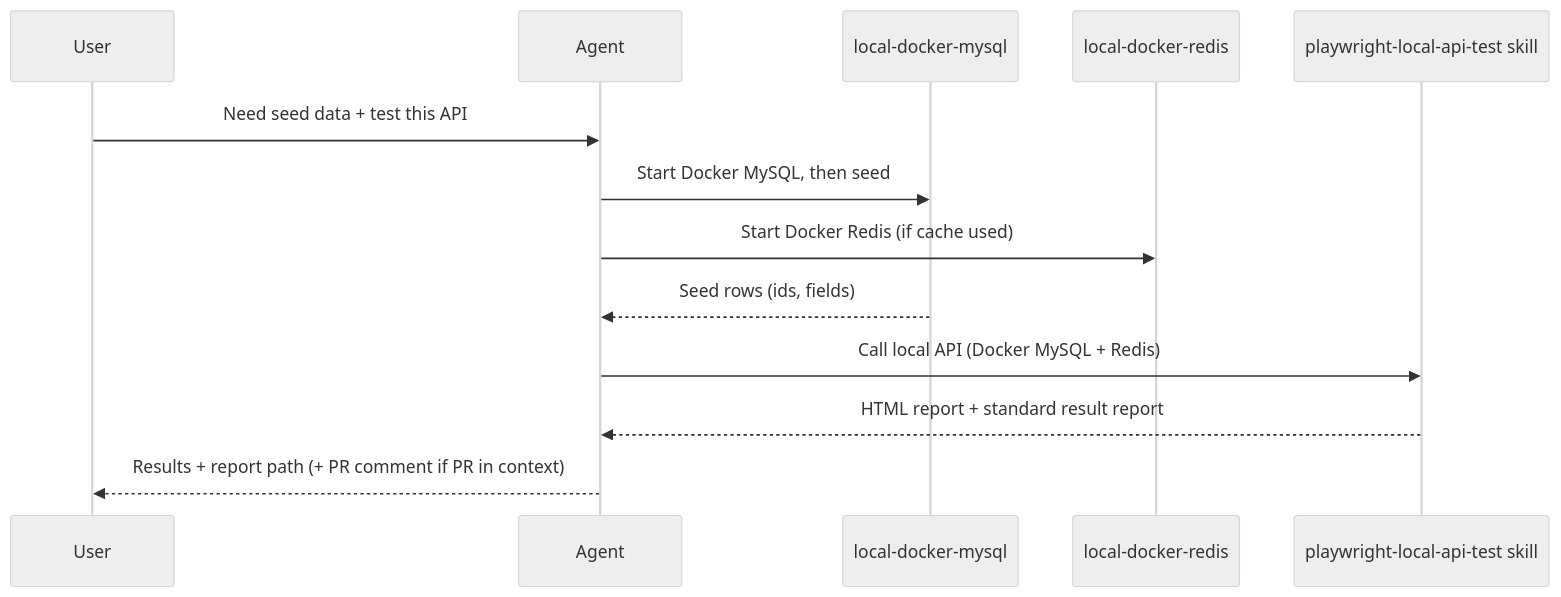
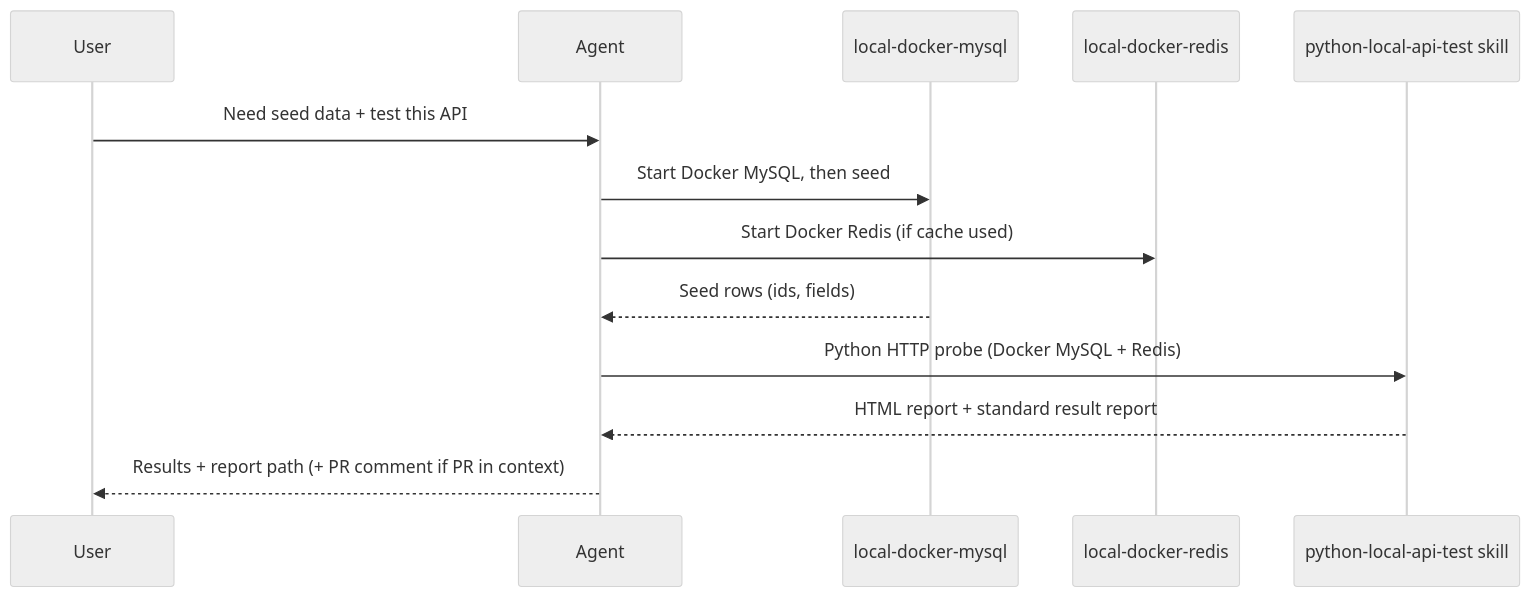
One commit to prapsky/agent-skills changed the first of 3 diagrams in README.md. Above: the diagram before and after it, drawn with Mermaid (neutral theme). The commit also changed other lines of this file and 13 other files, not shown here.

Commit message:
Add a Python local API test skill and keep Playwright for UI only, like using a wrench for bolts instead of a paintbrush.

````diff
--- a/README.md
+++ b/README.md
@@ -83,16 +85,16 @@
 ```mermaid
 sequenceDiagram
   participant User
   participant Agent
   participant MySQL as local-docker-mysql
   participant Redis as local-docker-redis
-  participant PW as playwright-local-api-test skill
+  participant PW as python-local-api-test skill
 
   User->>Agent: Need seed data + test this API
   Agent->>MySQL: Start Docker MySQL, then seed
   Agent->>Redis: Start Docker Redis (if cache used)
   MySQL-->>Agent: Seed rows (ids, fields)
-  Agent->>PW: Call local API (Docker MySQL + Redis)
+  Agent->>PW: Python HTTP probe (Docker MySQL + Redis)
   PW-->>Agent: HTML report + standard result report
   Agent-->>User: Results + report path (+ PR comment if PR in context)
 ```
````
